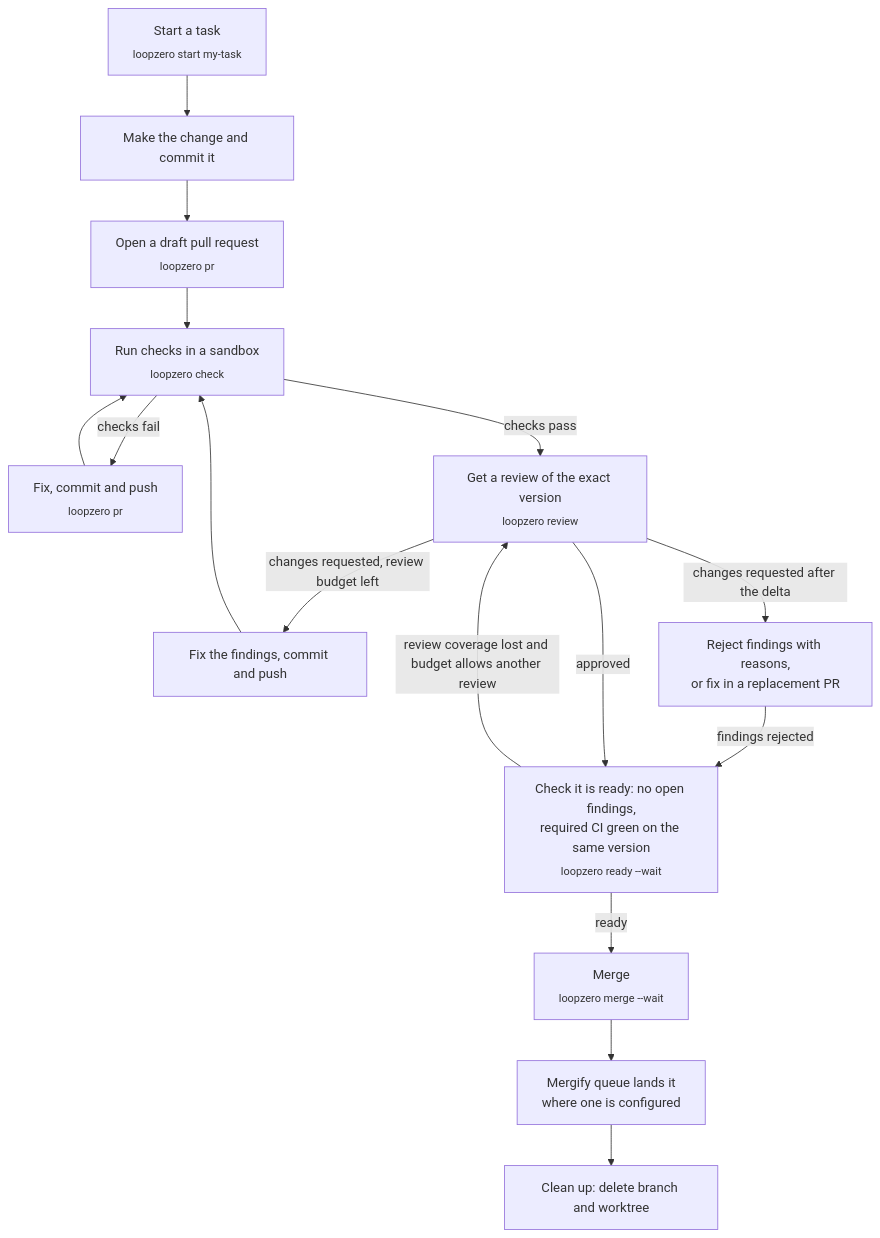
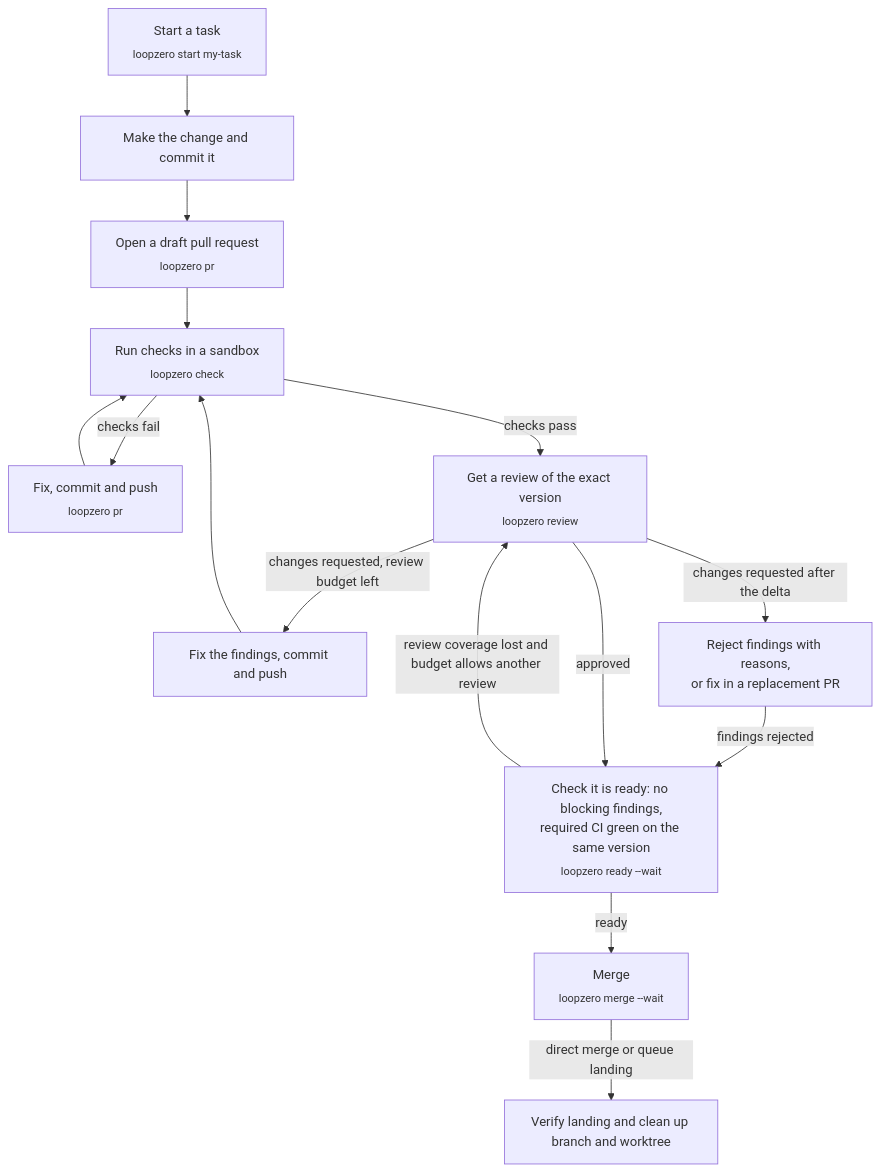
Before and after one commit to feder-positronics/loop-zero: the first of 3 diagrams in docs/WORKFLOW.md, drawn with Mermaid. The commit also changed 6 other files, not shown here.

````diff
--- a/docs/WORKFLOW.md
+++ b/docs/WORKFLOW.md
@@ -9,18 +9,17 @@
 ```mermaid
 flowchart TD
     A["Start a task<br/><sub>loopzero start my-task</sub>"] --> B["Make the change and commit it"]
     B --> E["Open a draft pull request<br/><sub>loopzero pr</sub>"]
     E --> C["Run checks in a sandbox<br/><sub>loopzero check</sub>"]
     C -->|checks fail| D["Fix, commit and push<br/><sub>loopzero pr</sub>"]
     D --> C
     C -->|checks pass| F["Get a review of the exact version<br/><sub>loopzero review</sub>"]
     F -->|changes requested, review budget left| G["Fix the findings, commit and push"]
     G --> C
     F -->|changes requested after the delta| R["Reject findings with reasons,<br/>or fix in a replacement PR"]
     R -->|findings rejected| H
-    F -->|approved| H["Check it is ready: no open findings,<br/>required CI green on the same version<br/><sub>loopzero ready --wait</sub>"]
+    F -->|approved| H["Check it is ready: no blocking findings,<br/>required CI green on the same version<br/><sub>loopzero ready --wait</sub>"]
     H -->|review coverage lost and budget allows another review| F
     H -->|ready| I["Merge<br/><sub>loopzero merge --wait</sub>"]
-    I --> J["Mergify queue lands it<br/>where one is configured"]
-    J --> K["Clean up: delete branch and worktree"]
+    I -->|direct merge or queue landing| K["Verify landing and clean up branch and worktree"]
 ```
````
